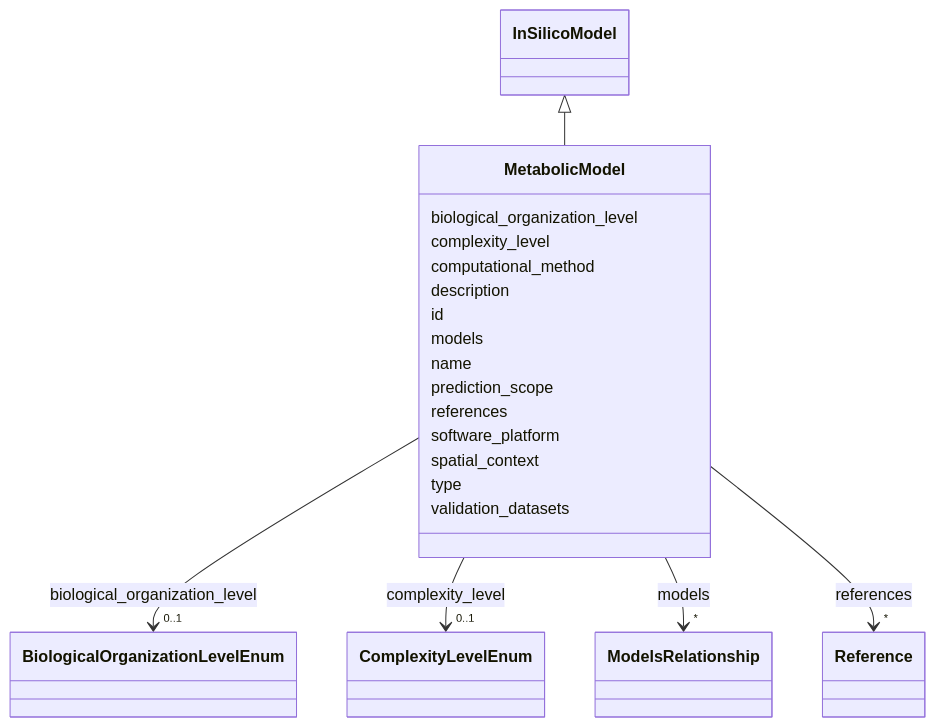
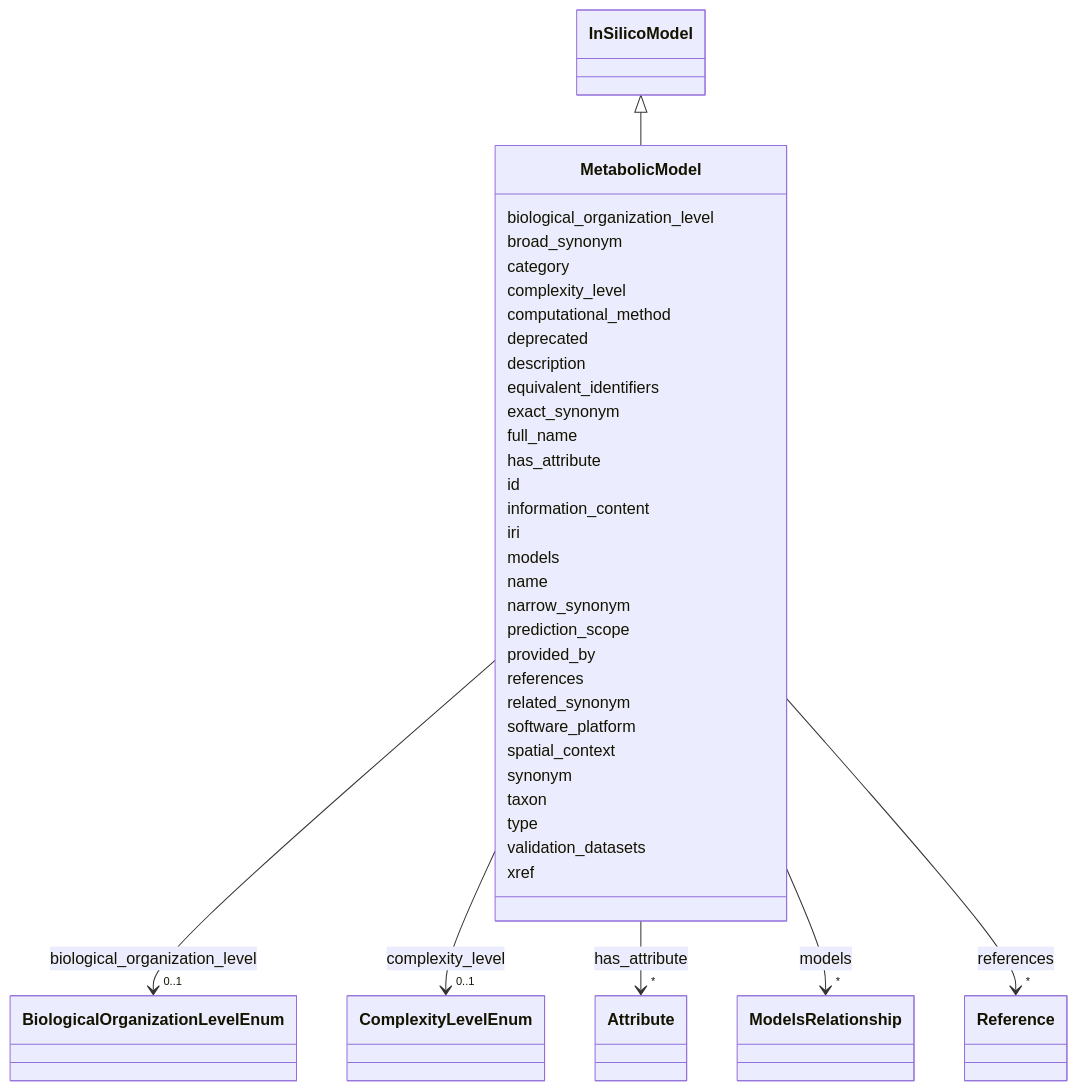
One commit to monarch-initiative/namo changed the diagram in docs/elements/MetabolicModel.md. Above: the diagram before and after it, drawn with Mermaid. The commit also changed other lines of this file and 1232 other files, not shown here.

````diff
--- a/docs/elements/MetabolicModel.md
+++ b/docs/elements/MetabolicModel.md
@@ -33,6 +38,10 @@
     
 
         
+      MetabolicModel : broad_synonym
+        
+      MetabolicModel : category
+        
       MetabolicModel : complexity_level
         
           
@@ -46,9 +55,32 @@
         
       MetabolicModel : computational_method
         
+      MetabolicModel : deprecated
+        
       MetabolicModel : description
         
+      MetabolicModel : equivalent_identifiers
+        
+      MetabolicModel : exact_synonym
+        
+      MetabolicModel : full_name
+        
+      MetabolicModel : has_attribute
+        
+          
+    
+        
+        
+        MetabolicModel --> "*" Attribute : has_attribute
+        click Attribute href "../Attribute/"
+    
+
+        
       MetabolicModel : id
+        
+      MetabolicModel : information_content
+        
+      MetabolicModel : iri
         
       MetabolicModel : models
         
@@ -63,7 +95,11 @@
         
       MetabolicModel : name
         
+      MetabolicModel : narrow_synonym
+        
       MetabolicModel : prediction_scope
+        
+      MetabolicModel : provided_by
         
       MetabolicModel : references
         
@@ -76,13 +112,21 @@
     
 
         
+      MetabolicModel : related_synonym
+        
       MetabolicModel : software_platform
         
       MetabolicModel : spatial_context
+        
+      MetabolicModel : synonym
+        
+      MetabolicModel : taxon
         
       MetabolicModel : type
         
       MetabolicModel : validation_datasets
         
+      MetabolicModel : xref
+        
       
 ```
````
